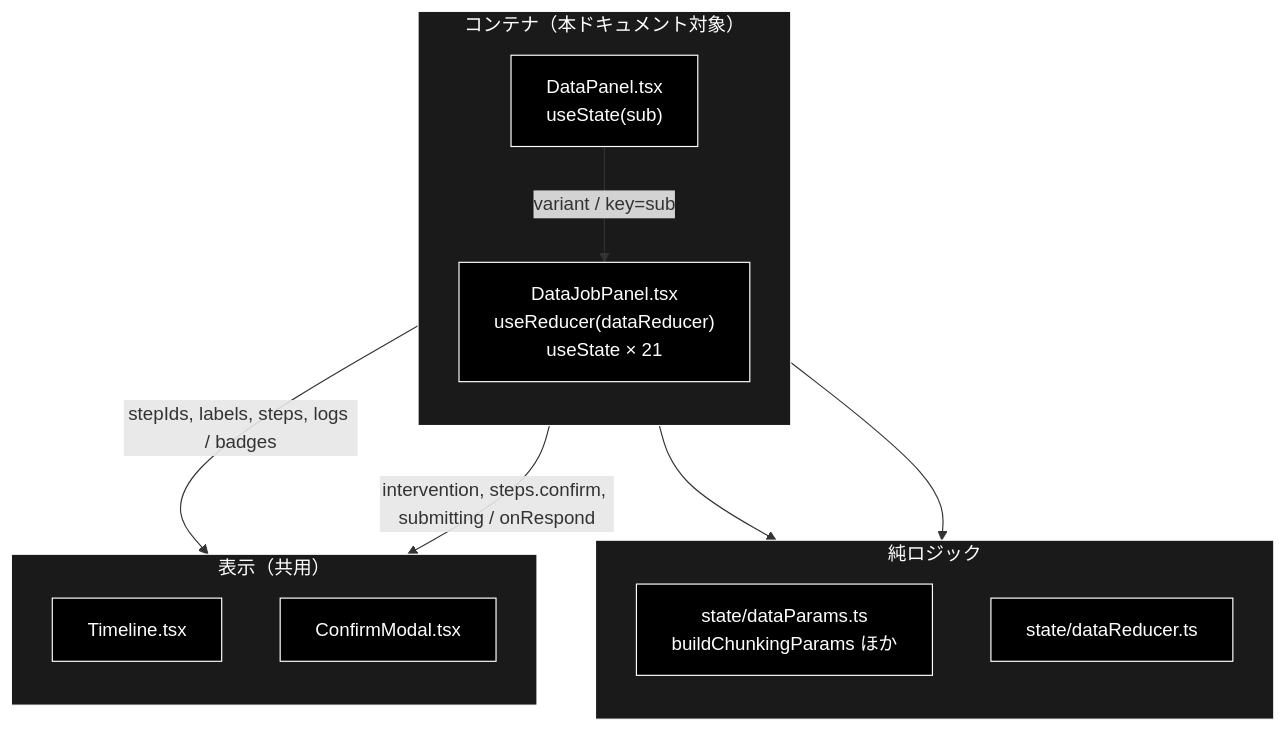
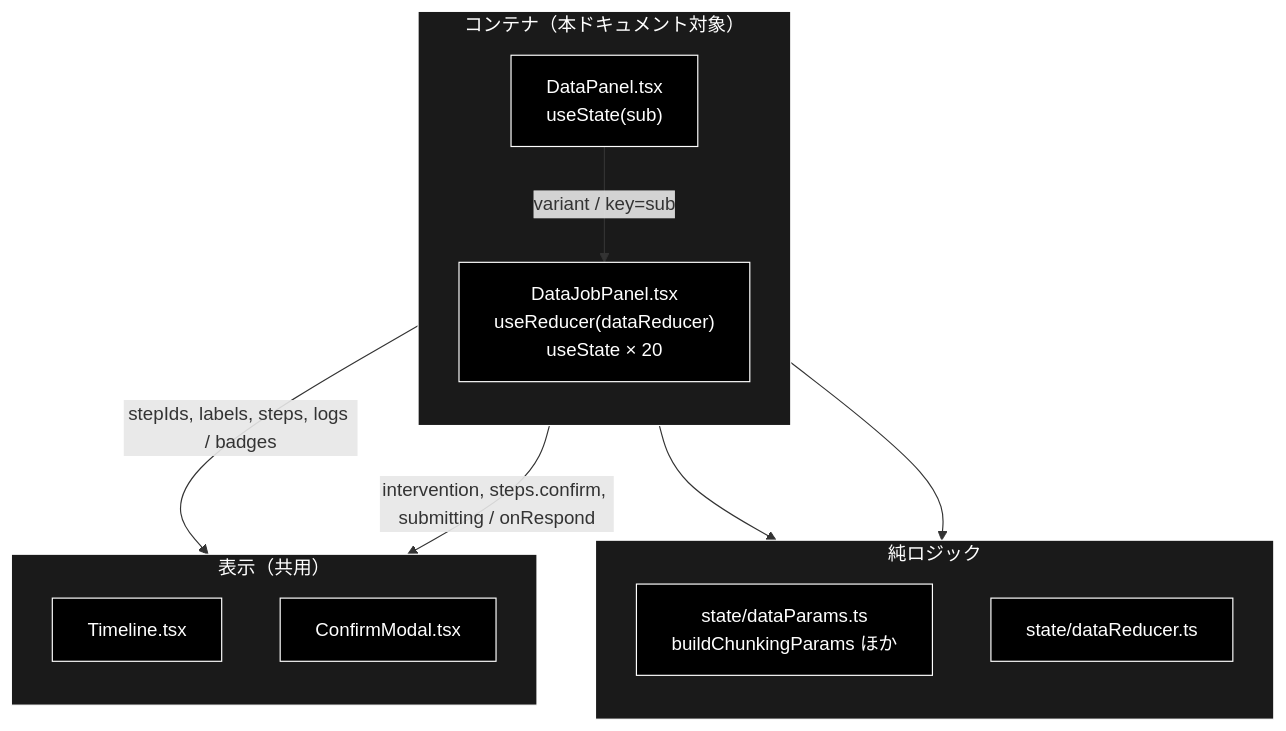
One commit to nakashima2toshio/grace_v2 changed the second of 5 diagrams in frontend/docs/DataJobPanel.md. Above: the diagram before and after it, drawn with Mermaid. The commit also changed other lines of this file and 28 other files, not shown here.

````diff
--- a/frontend/docs/DataJobPanel.md
+++ b/frontend/docs/DataJobPanel.md
@@ -124,29 +124,29 @@
 ```mermaid
 flowchart TB
     subgraph Container["コンテナ（本ドキュメント対象）"]
         direction TB
         DP["DataPanel.tsx<br>useState(sub)"]
-        DJ["DataJobPanel.tsx<br>useReducer(dataReducer)<br>useState × 21"]
+        DJ["DataJobPanel.tsx<br>useReducer(dataReducer)<br>useState × 20"]
     end
     subgraph Logic["純ロジック"]
         direction TB
         PARAMS["state/dataParams.ts<br>buildChunkingParams ほか"]
         RED["state/dataReducer.ts"]
     end
     subgraph Presentational["表示（共用）"]
         direction TB
         TL["Timeline.tsx"]
         CM["ConfirmModal.tsx"]
     end
     DP -->|"variant / key=sub"| DJ
     DJ --> PARAMS
     DJ --> RED
     DJ -->|"stepIds, labels, steps, logs / badges"| TL
     DJ -->|"intervention, steps.confirm, submitting / onRespond"| CM
 classDef default fill:#000,stroke:#fff,color:#fff
 classDef subgraphStyle fill:#1a1a1a,stroke:#fff,color:#fff
 class DP,DJ,PARAMS,RED,TL,CM default
 style Container fill:#1a1a1a,stroke:#fff,color:#fff
 style Logic fill:#1a1a1a,stroke:#fff,color:#fff
 style Presentational fill:#1a1a1a,stroke:#fff,color:#fff
 ```
````
